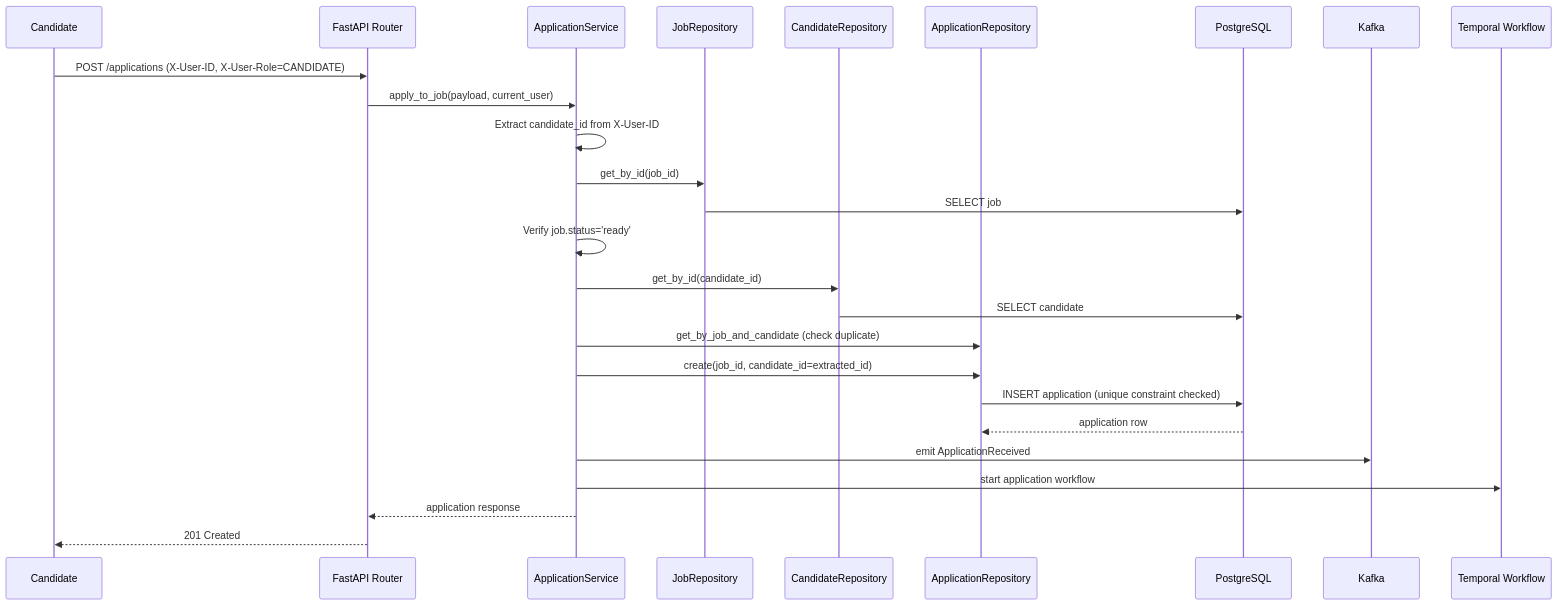
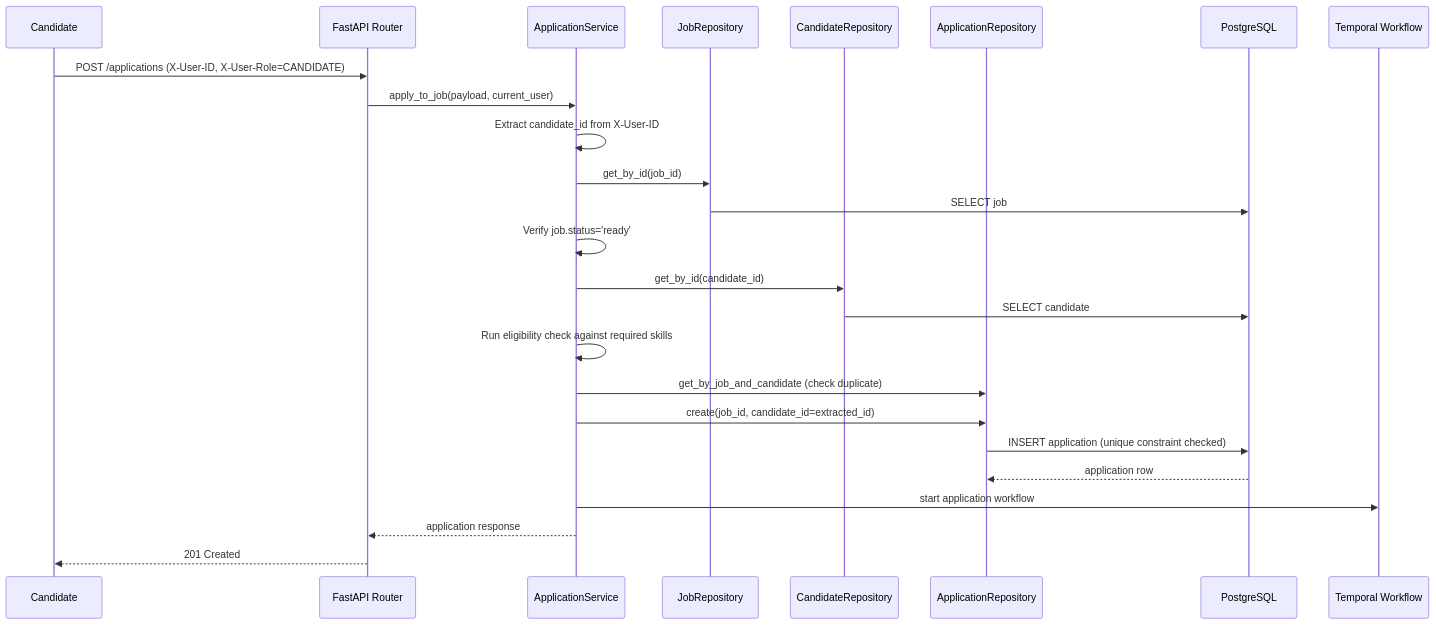
Before and after one commit to afnan-emumba/smart-hire: the fifth of 7 diagrams in docs/ARCHITECTURE.md, drawn with Mermaid. The commit also changed other lines of this file and 2 other files, not shown here.

Commit message:
feat: update Postman collection with new job application workflows and eligibility checks

````diff
--- a/docs/ARCHITECTURE.md
+++ b/docs/ARCHITECTURE.md
@@ -189,29 +197,28 @@
 ```mermaid
 sequenceDiagram
     participant Candidate
     participant API as FastAPI Router
     participant Service as ApplicationService
     participant JobRepo as JobRepository
     participant CandidateRepo as CandidateRepository
     participant AppRepo as ApplicationRepository
     participant DB as PostgreSQL
-    participant Kafka as Kafka
     participant Temporal as Temporal Workflow
 
     Candidate->>API: POST /applications (X-User-ID, X-User-Role=CANDIDATE)
     API->>Service: apply_to_job(payload, current_user)
     Service->>Service: Extract candidate_id from X-User-ID
     Service->>JobRepo: get_by_id(job_id)
     JobRepo->>DB: SELECT job
     Service->>Service: Verify job.status='ready'
     Service->>CandidateRepo: get_by_id(candidate_id)
     CandidateRepo->>DB: SELECT candidate
+    Service->>Service: Run eligibility check against required skills
     Service->>AppRepo: get_by_job_and_candidate (check duplicate)
     Service->>AppRepo: create(job_id, candidate_id=extracted_id)
     AppRepo->>DB: INSERT application (unique constraint checked)
     DB-->>AppRepo: application row
-    Service->>Kafka: emit ApplicationReceived
     Service->>Temporal: start application workflow
     Service-->>API: application response
     API-->>Candidate: 201 Created
 ```
````
